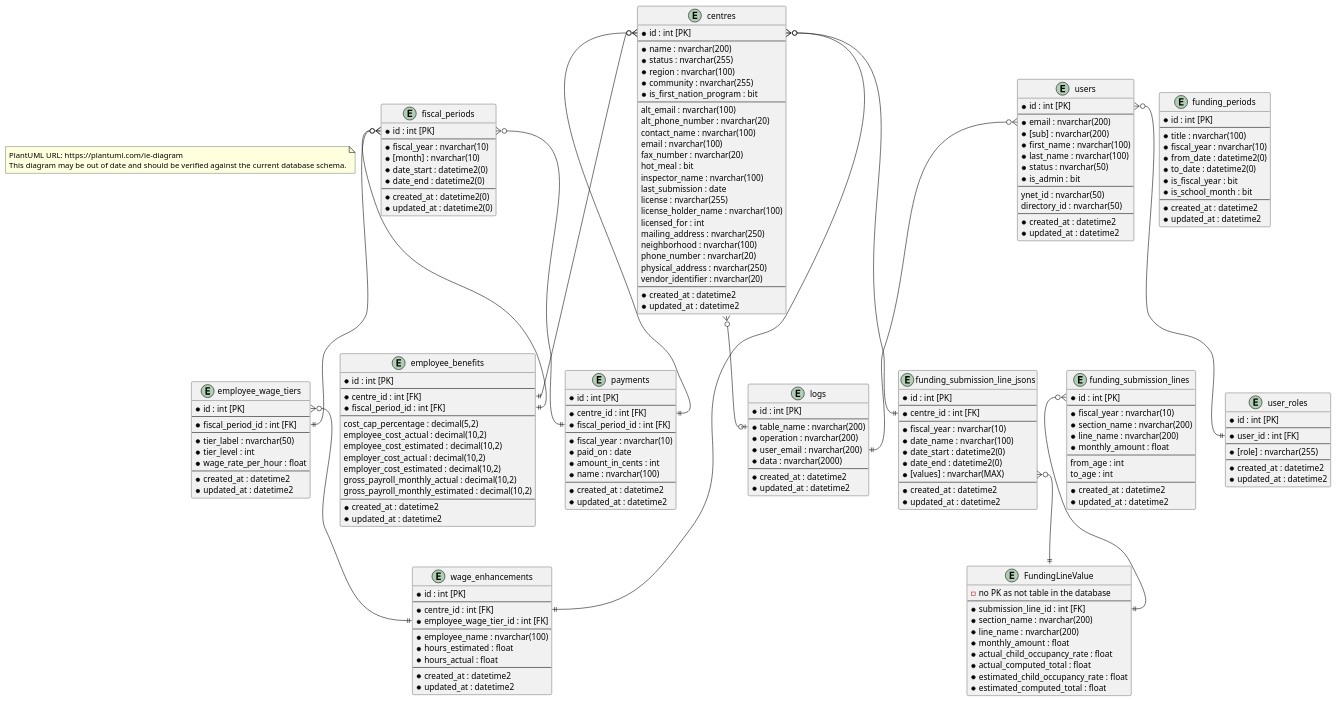
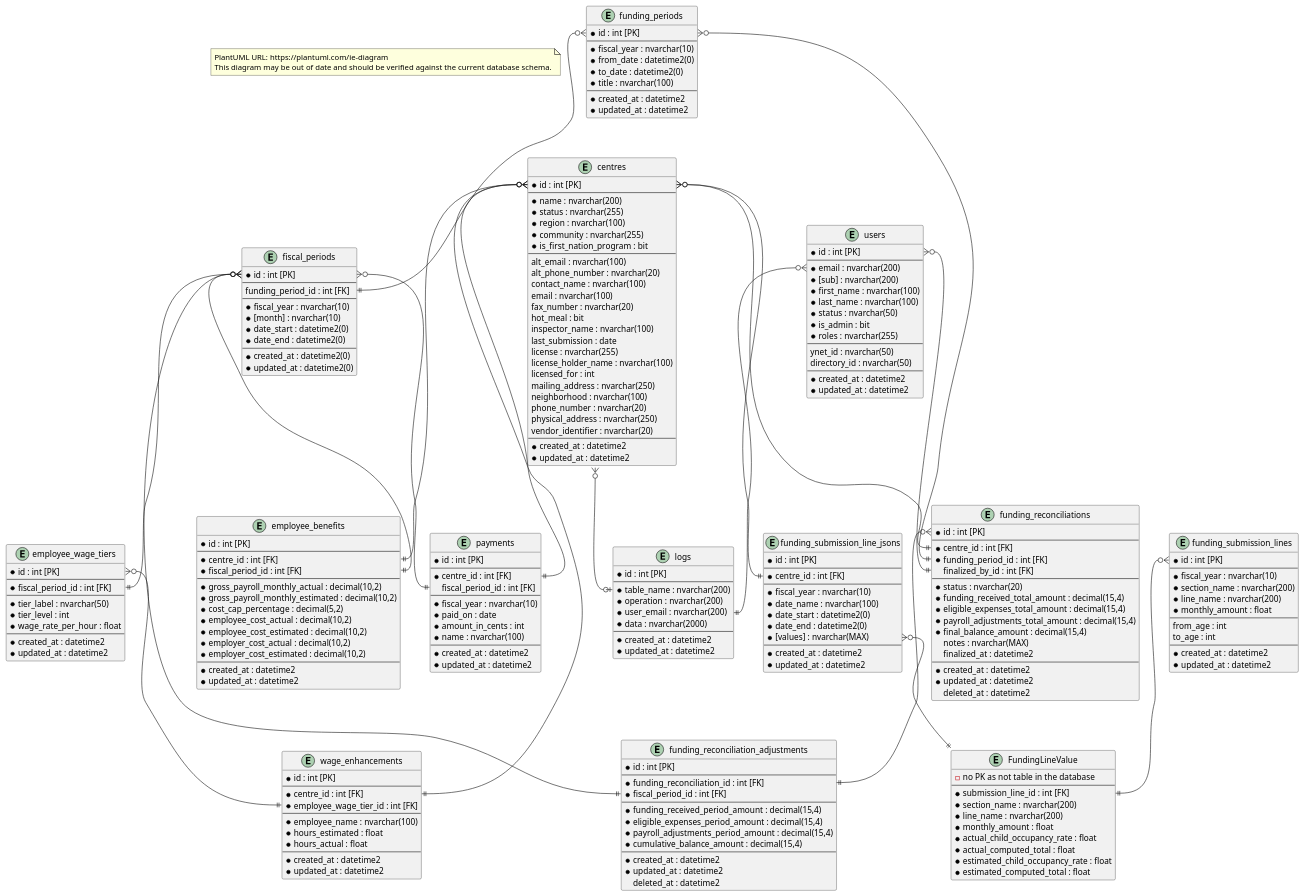
The diagram in _Design/Entity Relationship Diagrams.wsd (ytgov/elcc-data-management), drawn with PlantUML before and after one commit. The commit also changed 1 other file, not shown here.

Commit message:
:tophat: Update entity relationship diagrams.

```diff
--- a/_Design/Entity Relationship Diagrams.wsd
+++ b/_Design/Entity Relationship Diagrams.wsd
@@ -42,13 +42,13 @@
   * centre_id : int [FK]
   * fiscal_period_id : int [FK]
   --
-  cost_cap_percentage : decimal(5,2)
-  employee_cost_actual : decimal(10,2)
-  employee_cost_estimated : decimal(10,2)
-  employer_cost_actual : decimal(10,2)
-  employer_cost_estimated : decimal(10,2)
-  gross_payroll_monthly_actual : decimal(10,2)
-  gross_payroll_monthly_estimated : decimal(10,2)
+  * gross_payroll_monthly_actual : decimal(10,2)
+  * gross_payroll_monthly_estimated : decimal(10,2)
+  * cost_cap_percentage : decimal(5,2)
+  * employee_cost_actual : decimal(10,2)
+  * employee_cost_estimated : decimal(10,2)
+  * employer_cost_actual : decimal(10,2)
+  * employer_cost_estimated : decimal(10,2)
   --
   * created_at : datetime2
   * updated_at : datetime2
@@ -70,6 +70,8 @@
 entity "fiscal_periods" {
   * id : int [PK]
   --
+  funding_period_id : int [FK]
+  --
   * fiscal_year : nvarchar(10)
   * [month] : nvarchar(10)
   * date_start : datetime2(0)
@@ -82,12 +84,10 @@
 entity "funding_periods" {
   * id : int [PK]
   --
-  * title : nvarchar(100)
   * fiscal_year : nvarchar(10)
   * from_date : datetime2(0)
   * to_date : datetime2(0)
-  * is_fiscal_year : bit
-  * is_school_month : bit
+  * title : nvarchar(100)
   --
   * created_at : datetime2
   * updated_at : datetime2
@@ -154,23 +154,12 @@
   * id : int [PK]
   --
   * centre_id : int [FK]
-  * fiscal_period_id : int [FK]
+  fiscal_period_id : int [FK]
   --
   * fiscal_year : nvarchar(10)
   * paid_on : date
   * amount_in_cents : int
   * name : nvarchar(100)
-  --
-  * created_at : datetime2
-  * updated_at : datetime2
-}
-
-entity "user_roles" {
-  * id : int [PK]
-  --
-  * user_id : int [FK]
-  --
-  * [role] : nvarchar(255)
   --
   * created_at : datetime2
   * updated_at : datetime2
@@ -185,6 +174,7 @@
   * last_name : nvarchar(100)
   * status : nvarchar(50)
   * is_admin : bit
+  * roles : nvarchar(255)
   --
   ynet_id : nvarchar(50)
   directory_id : nvarchar(50)
@@ -207,18 +197,59 @@
   * updated_at : datetime2
 }
 
+entity "funding_reconciliations" {
+  * id : int [PK]
+  --
+  * centre_id : int [FK]
+  * funding_period_id : int [FK]
+  finalized_by_id : int [FK]
+  --
+  * status : nvarchar(20)
+  * funding_received_total_amount : decimal(15,4)
+  * eligible_expenses_total_amount : decimal(15,4)
+  * payroll_adjustments_total_amount : decimal(15,4)
+  * final_balance_amount : decimal(15,4)
+  notes : nvarchar(MAX)
+  finalized_at : datetime2
+  --
+  * created_at : datetime2
+  * updated_at : datetime2
+  deleted_at : datetime2
+}
+
+entity "funding_reconciliation_adjustments" {
+  * id : int [PK]
+  --
+  * funding_reconciliation_id : int [FK]
+  * fiscal_period_id : int [FK]
+  --
+  * funding_received_period_amount : decimal(15,4)
+  * eligible_expenses_period_amount : decimal(15,4)
+  * payroll_adjustments_period_amount : decimal(15,4)
+  * cumulative_balance_amount : decimal(15,4)
+  --
+  * created_at : datetime2
+  * updated_at : datetime2
+  deleted_at : datetime2
+}
+
 ' Relationships
 centres::id }o--|| employee_benefits::centre_id
 centres::id }o--|| funding_submission_line_jsons::centre_id
 centres::id }o--|| payments::centre_id
 centres::id }o--|| wage_enhancements::centre_id
+centres::id }o--|| funding_reconciliations::centre_id
 centres }o--o| logs::table_name
 employee_wage_tiers::id }o--|| wage_enhancements::employee_wage_tier_id
 fiscal_periods::id }o--|| employee_benefits::fiscal_period_id
 fiscal_periods::id }o--|| employee_wage_tiers::fiscal_period_id
 fiscal_periods::id }o--|| payments::fiscal_period_id
+fiscal_periods::id }o--|| funding_reconciliation_adjustments::fiscal_period_id
+funding_periods::id }o--|| fiscal_periods::funding_period_id
+funding_periods::id }o--|| funding_reconciliations::funding_period_id
+funding_reconciliations::id }o--|| funding_reconciliation_adjustments::funding_reconciliation_id
 funding_submission_line_jsons::values }o--|| FundingLineValue
 funding_submission_lines::id }o--|| FundingLineValue::submission_line_id
-users::id }o--|| user_roles::user_id
+users::id }o--|| funding_reconciliations::finalized_by_id
 users::email }o--|| logs::user_email
 @enduml
```
